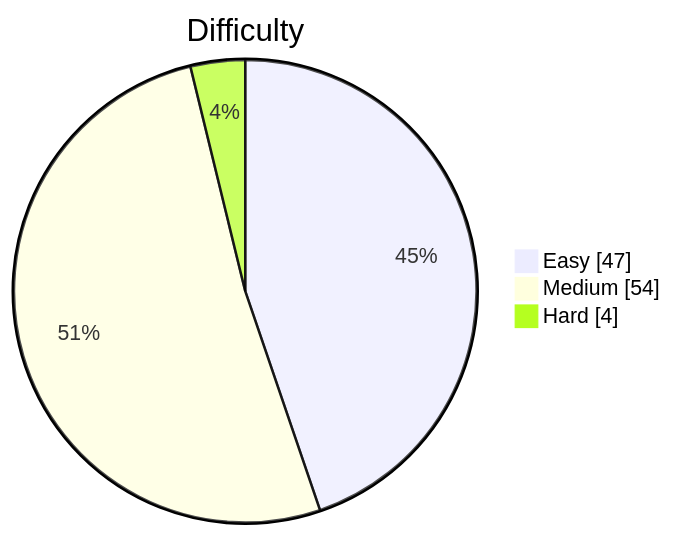
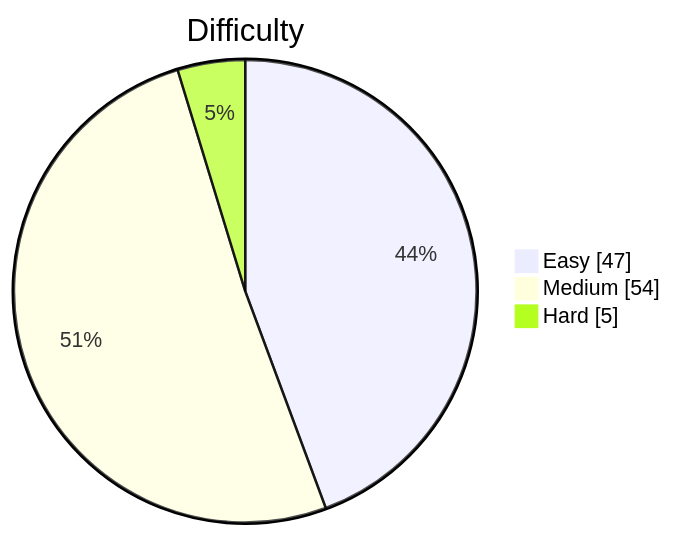
The diagram in README.md (kevstevie/python-algo-practice), drawn with Mermaid before and after one commit. The commit also changed other lines of this file, not shown here.

````diff
--- a/README.md
+++ b/README.md
@@ -13,7 +13,7 @@
 ```mermaid
 pie showData
     title Difficulty
     "Easy"   : 47
     "Medium" : 54
-    "Hard"   : 4
+    "Hard"   : 5
 ```
````
